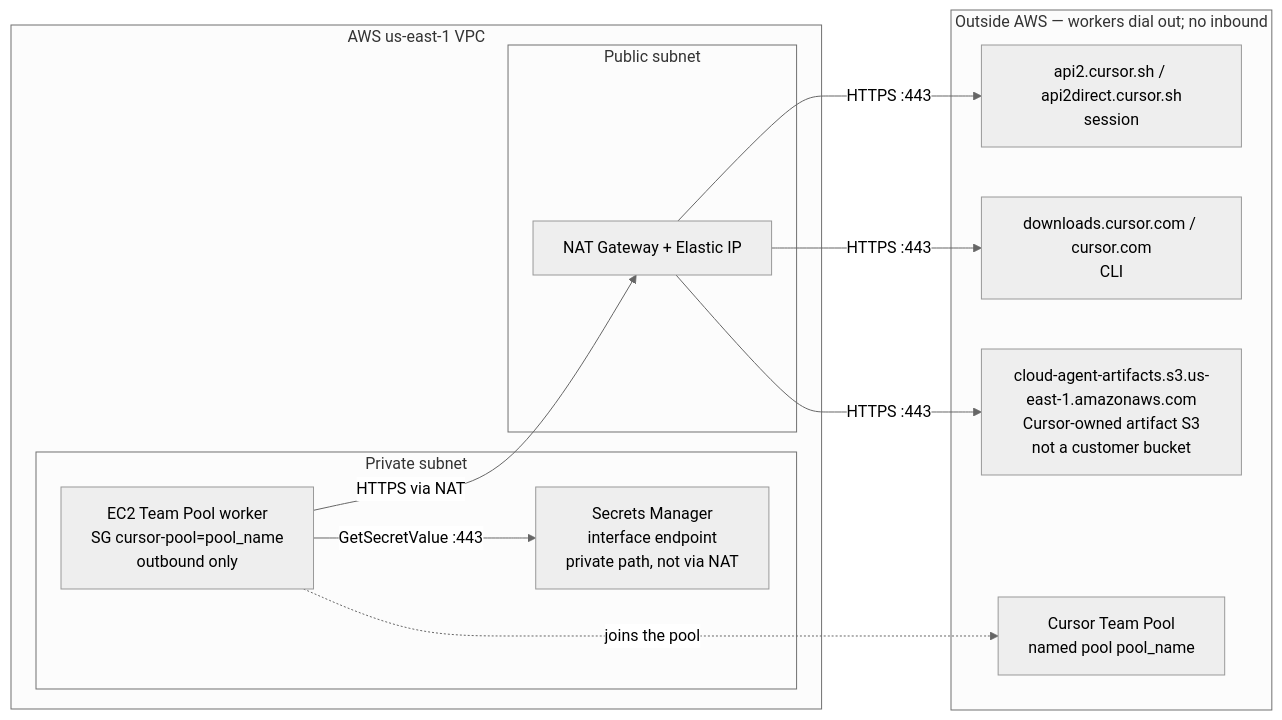
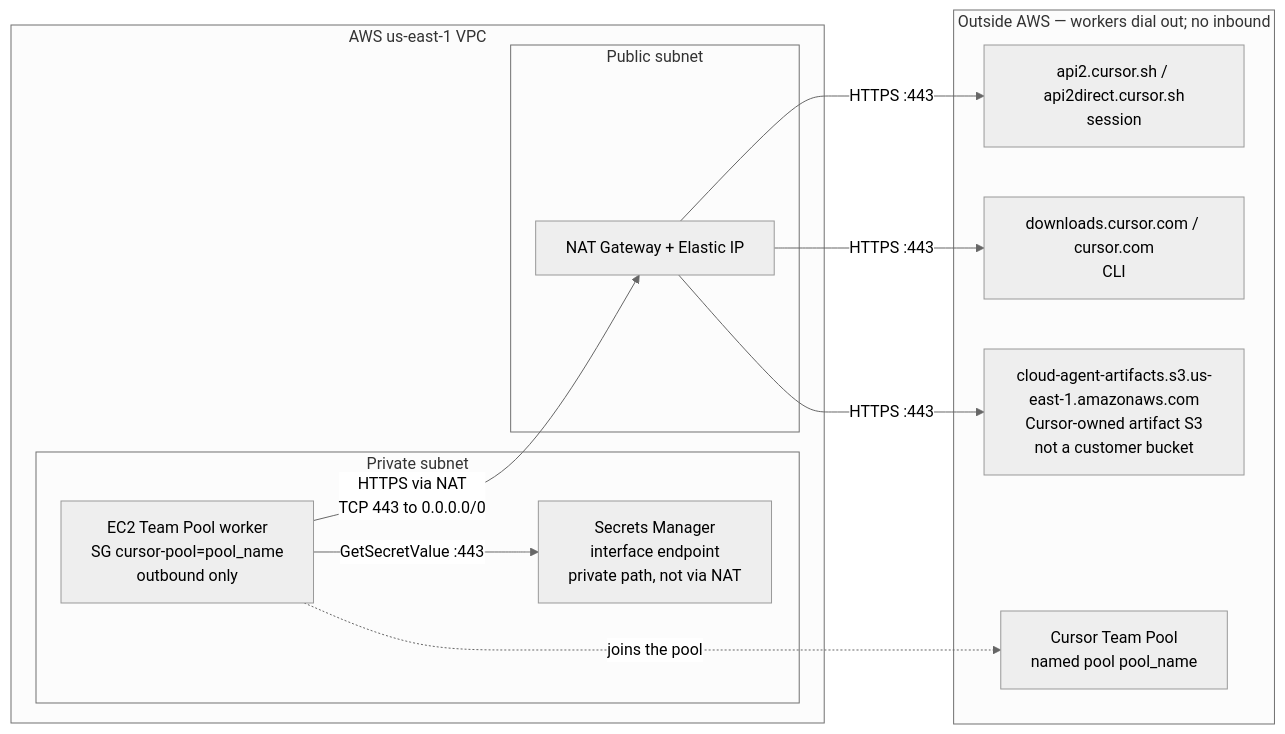
Before and after one commit to schabiyo-eng/cursor-team-pool: the diagram in README.md, drawn with Mermaid (neutral theme). The commit also changed other lines of this file and 11 other files, not shown here.

First line of the commit message:
Open private_nat HTTPS egress and fail worker bootstrap loudly. (#3)

````diff
--- a/README.md
+++ b/README.md
@@ -25,26 +25,26 @@
 ```mermaid
 flowchart LR
   subgraph aws ["AWS us-east-1 VPC"]
     subgraph pub ["Public subnet"]
       nat["NAT Gateway + Elastic IP"]
     end
     subgraph priv ["Private subnet"]
       worker["EC2 Team Pool worker<br/>SG cursor-pool=pool_name<br/>outbound only"]
       vpce["Secrets Manager<br/>interface endpoint<br/>private path, not via NAT"]
     end
   end
 
   subgraph outside ["Outside AWS — workers dial out; no inbound"]
     session["api2.cursor.sh / api2direct.cursor.sh<br/>session"]
     cli["downloads.cursor.com / cursor.com<br/>CLI"]
     artifacts["cloud-agent-artifacts.s3.us-east-1.amazonaws.com<br/>Cursor-owned artifact S3<br/>not a customer bucket"]
     pool["Cursor Team Pool<br/>named pool pool_name"]
   end
 
   worker -->|"GetSecretValue :443"| vpce
-  worker -->|"HTTPS via NAT"| nat
+  worker -->|"HTTPS via NAT<br/>TCP 443 to 0.0.0.0/0"| nat
   nat -->|"HTTPS :443"| session
   nat -->|"HTTPS :443"| cli
   nat -->|"HTTPS :443"| artifacts
   worker -.->|"joins the pool"| pool
 ```
````
